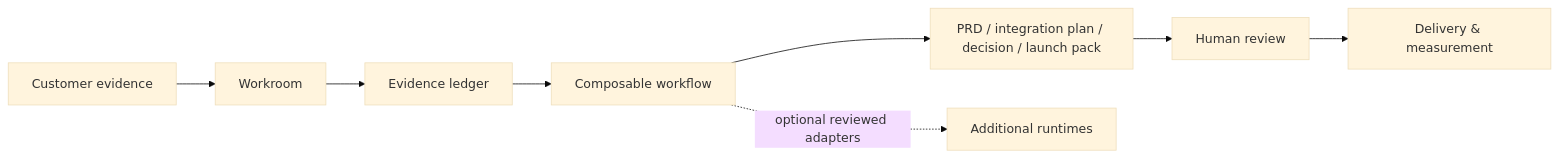
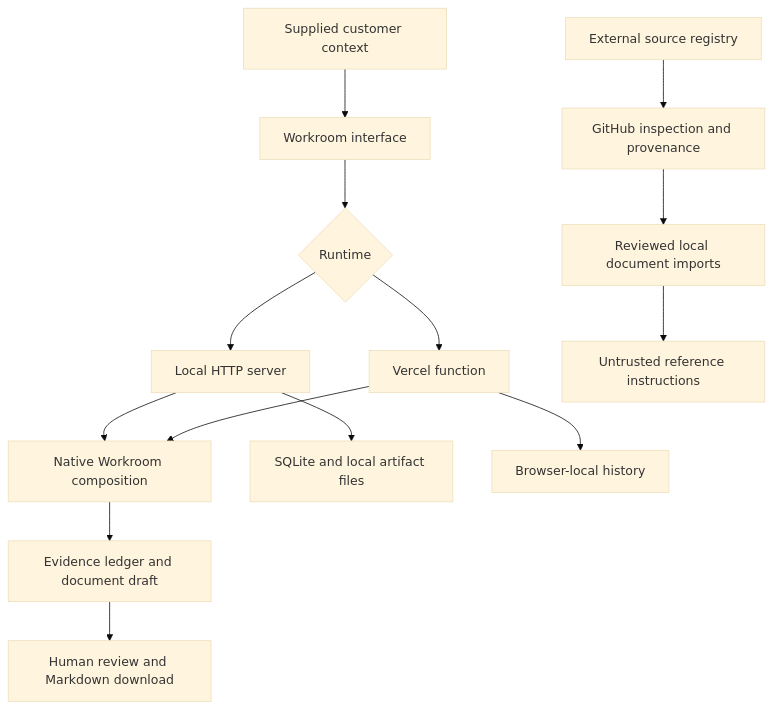
The diagram in README.md (saurabhmisal/power-chords), drawn with Mermaid (base theme) before and after one commit. The commit also changed other lines of this file, not shown here.

````diff
--- a/README.md
+++ b/README.md
@@ -38,10 +540,16 @@
 ```mermaid
-flowchart LR
-  A[Customer evidence] --> B[Workroom]
-  B --> C[Evidence ledger]
-  C --> D[Composable workflow]
-  D --> E[PRD / integration plan / decision / launch pack]
-  E --> F[Human review]
-  F --> G[Delivery & measurement]
-  D -. optional reviewed adapters .-> H[Additional runtimes]
+flowchart TD
+  Evidence[Supplied customer context] --> UI[Workroom interface]
+  UI --> Mode{Runtime}
+  Mode --> Local[Local HTTP server]
+  Mode --> Hosted[Vercel function]
+  Local --> Engine[Native Workroom composition]
+  Hosted --> Engine
+  Engine --> Draft[Evidence ledger and document draft]
+  Draft --> Review[Human review and Markdown download]
+  Local --> Persistence[SQLite and local artifact files]
+  Hosted --> Browser[Browser-local history]
+  Sources[External source registry] --> Inspection[GitHub inspection and provenance]
+  Inspection --> LocalImport[Reviewed local document imports]
+  LocalImport --> References[Untrusted reference instructions]
 ```
````
